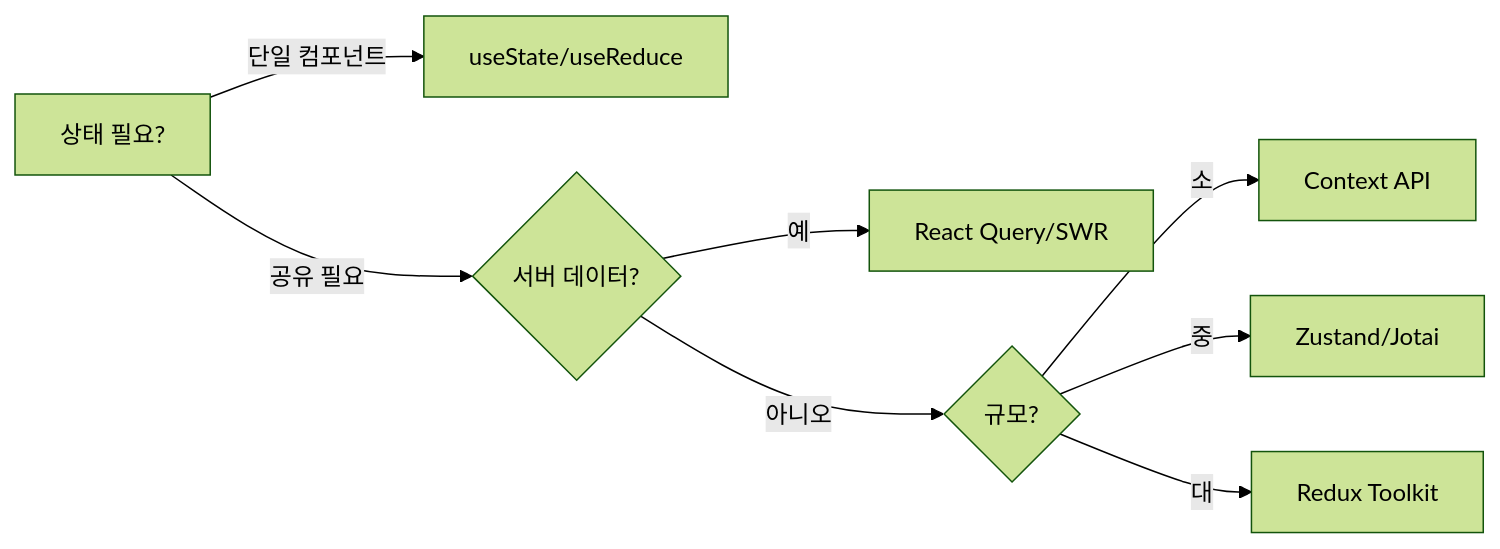
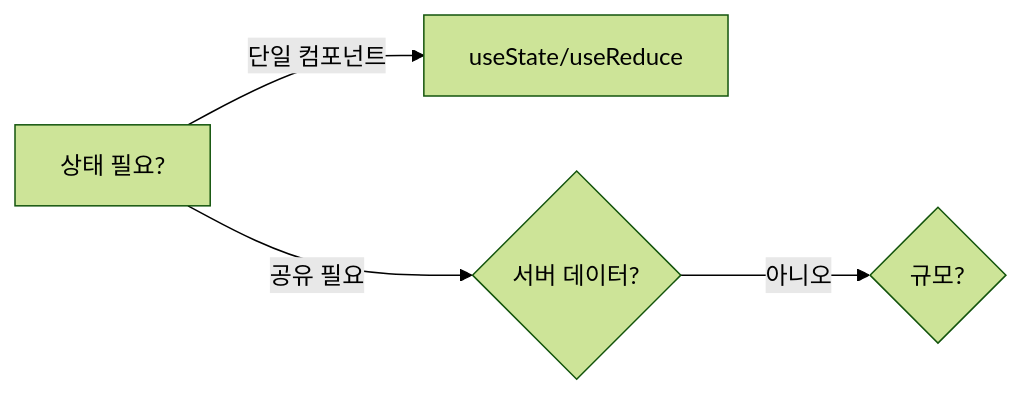
Before and after one commit to yjkim2015/yjkim2015.github.io: the fourth of 4 diagrams in _posts/frontend/2026-05-02-react-state-management.md, drawn with Mermaid (forest theme). The commit also changed other lines of this file and 132 other files, not shown here.

First line of the commit message:
Mermaid 다이어그램 가독성 정리: 단순 제거, 노드 축소, TD→LR 변환

````diff
--- a/_posts/frontend/2026-05-02-react-state-management.md
+++ b/_posts/frontend/2026-05-02-react-state-management.md
@@ -363,10 +355,6 @@
 ```mermaid
 flowchart LR
     A["상태 필요?"] -->|"단일 컴포넌트"| C["useState/useReduce"]
     A -->|"공유 필요"| D{"서버 데이터?"}
-    D -->|"예"| E["React Query/SWR"]
     D -->|"아니오"| F{"규모?"}
-    F -->|"소"| G["Context API"]
-    F -->|"중"| H["Zustand/Jotai"]
-    F -->|"대"| I["Redux Toolkit"]
 ```
````
